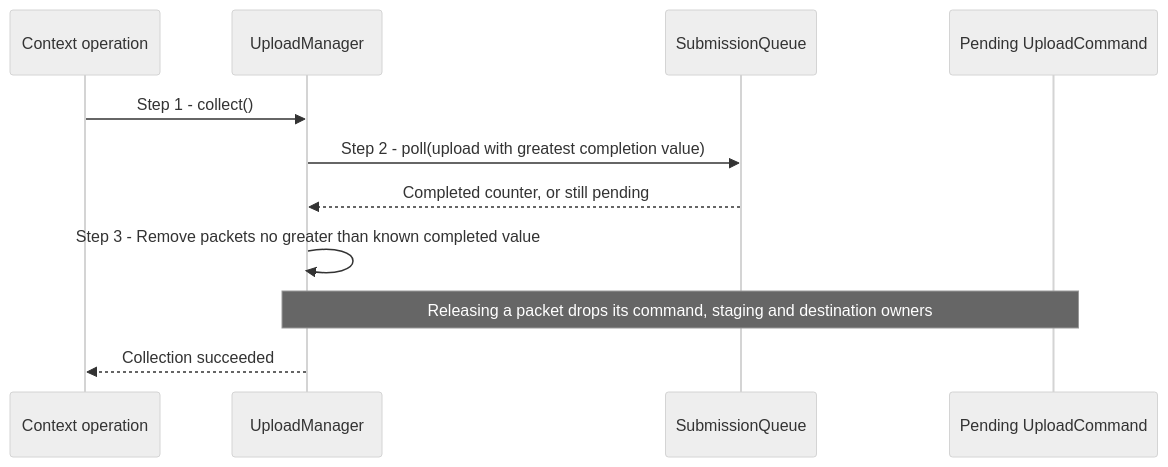
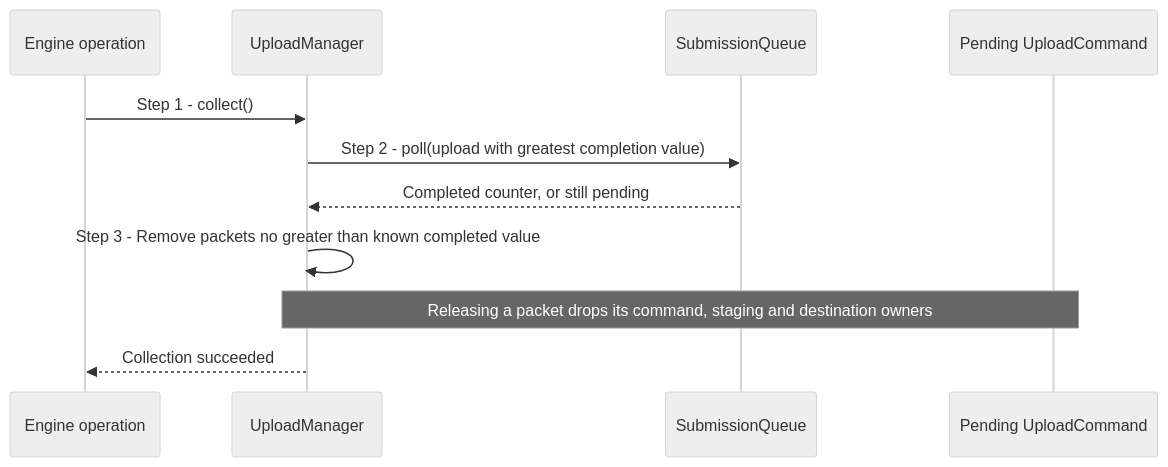
One commit to a-soltysik/Panda changed the diagram in docs/use-cases/reclaim-completed-uploads.md. Above: the diagram before and after it, drawn with Mermaid (neutral theme). The commit also changed other lines of this file and 158 other files, not shown here.

Commit message:
Refactor Vulkan Context API to Engine (#120)

````diff
--- a/docs/use-cases/reclaim-completed-uploads.md
+++ b/docs/use-cases/reclaim-completed-uploads.md
@@ -40,13 +40,13 @@
 ```mermaid
 sequenceDiagram
-    participant C as Context operation
+    participant C as Engine operation
     participant U as UploadManager
     participant Q as SubmissionQueue
     participant P as Pending UploadCommand
     C->>U: Step 1 - collect()
     U->>Q: Step 2 - poll(upload with greatest completion value)
     Q-->>U: Completed counter, or still pending
     U->>U: Step 3 - Remove packets no greater than known completed value
     Note over U,P: Releasing a packet drops its command, staging and destination owners
     U-->>C: Collection succeeded
 ```
````
